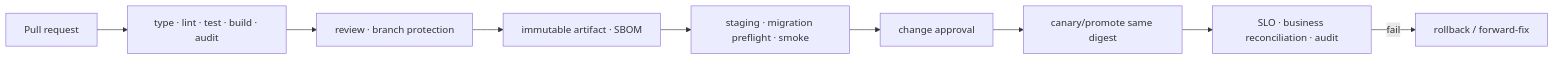
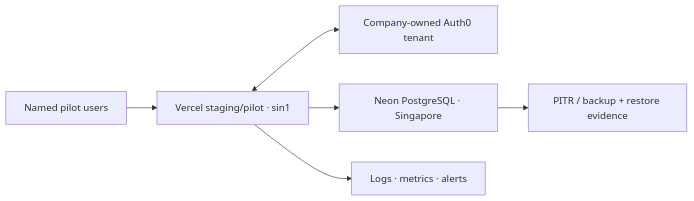
Before and after one commit to QuangHuy71104/kumho-smartops: the fourth of 4 diagrams in docs/ARCHITECTURE.md, drawn with Mermaid. The commit also changed other lines of this file and 88 other files, not shown here.

````diff
--- a/docs/ARCHITECTURE.md
+++ b/docs/ARCHITECTURE.md
@@ -250,11 +176,14 @@
 ```mermaid
 flowchart LR
-    PR["Pull request"] --> CI["type · lint · test · build · audit"]
-    CI --> Review["review · branch protection"]
-    Review --> Artifact["immutable artifact · SBOM"]
-    Artifact --> Staging["staging · migration preflight · smoke"]
-    Staging --> Approval["change approval"]
-    Approval --> Prod["canary/promote same digest"]
-    Prod --> Verify["SLO · business reconciliation · audit"]
-    Verify -->|"fail"| Recovery["rollback / forward-fix"]
+    Users["Named pilot users"]
+    Vercel["Vercel staging/pilot · sin1"]
+    Auth0["Company-owned Auth0 tenant"]
+    Neon["Neon PostgreSQL · Singapore"]
+    Backup["PITR / backup + restore evidence"]
+    Obs["Logs · metrics · alerts"]
+
+    Users --> Vercel
+    Vercel <--> Auth0
+    Vercel --> Neon --> Backup
+    Vercel --> Obs
 ```
````
